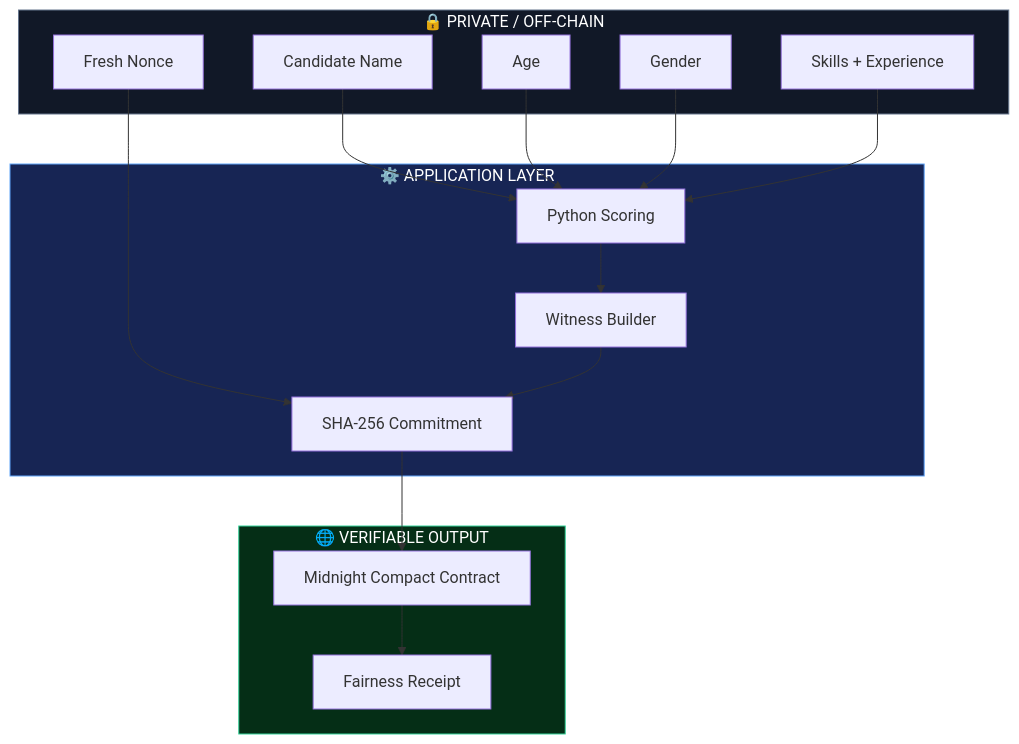
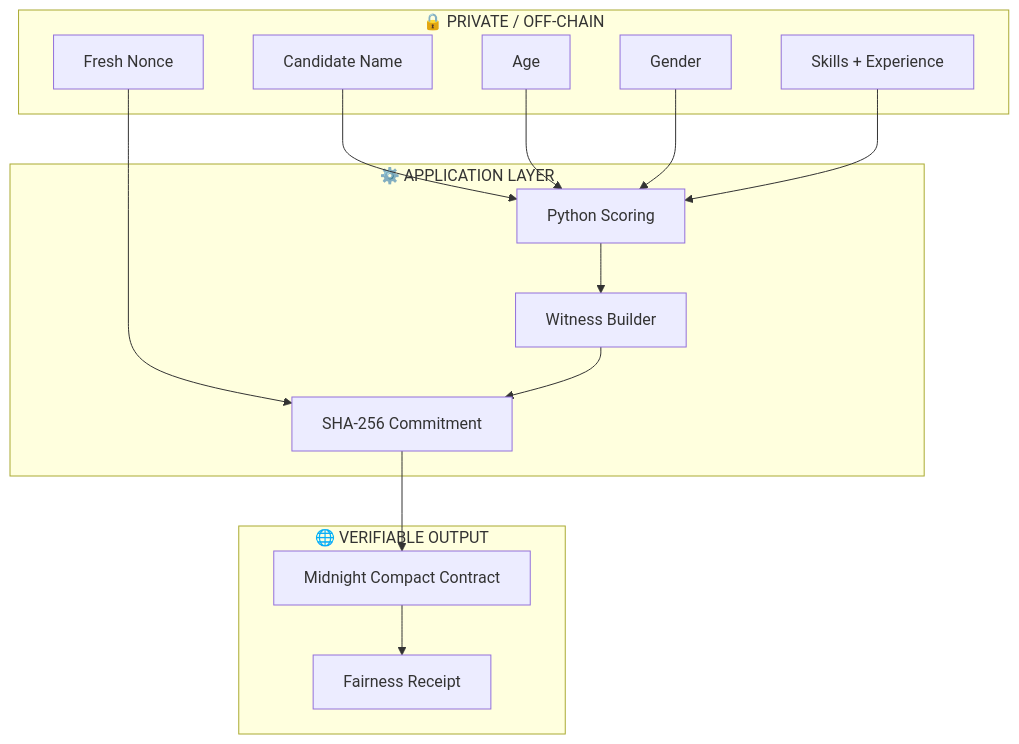
The second of 3 diagrams in README.md (Eman2123/fairglass), drawn with Mermaid before and after one commit. The commit also changed other lines of this file, not shown here.

````diff
--- a/README.md
+++ b/README.md
@@ -84,36 +68,31 @@
 ```mermaid
 flowchart TB
     subgraph PRIVATE["🔒 PRIVATE / OFF-CHAIN"]
         P1["Candidate Name"]
         P2["Age"]
         P3["Gender"]
         P4["Skills + Experience"]
         P5["Fresh Nonce"]
     end
 
     subgraph APP["⚙️ APPLICATION LAYER"]
         S["Python Scoring"]
         W["Witness Builder"]
         H["SHA-256 Commitment"]
     end
 
     subgraph PUBLIC["🌐 VERIFIABLE OUTPUT"]
         C["Midnight Compact Contract"]
         R["Fairness Receipt"]
     end
 
     P1 --> S
     P2 --> S
     P3 --> S
     P4 --> S
-
     S --> W
     P5 --> H
     W --> H
     H --> C
     C --> R
-
-    style PRIVATE fill:#111827,color:#fff,stroke:#64748b
-    style APP fill:#172554,color:#fff,stroke:#60a5fa
-    style PUBLIC fill:#052e16,color:#fff,stroke:#34d399
 ```
````
